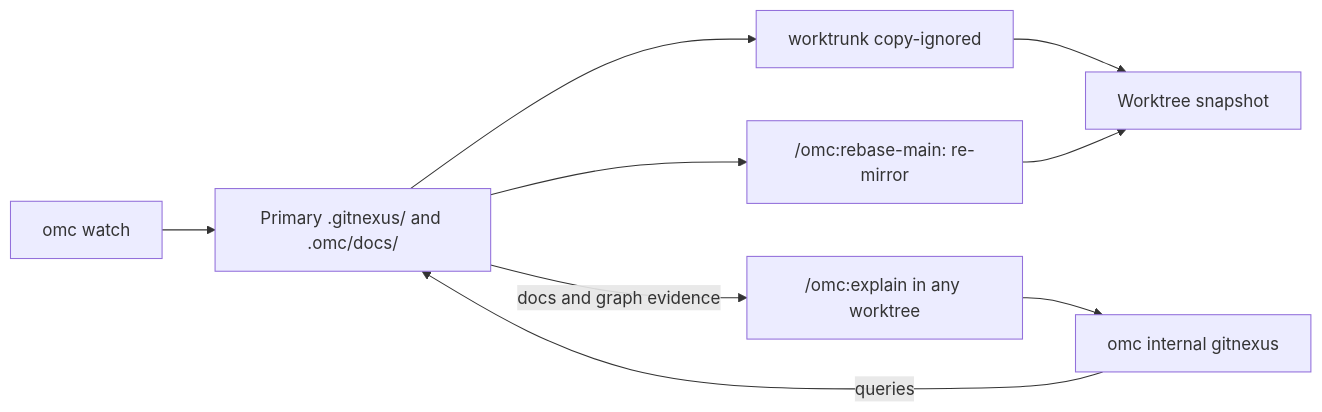
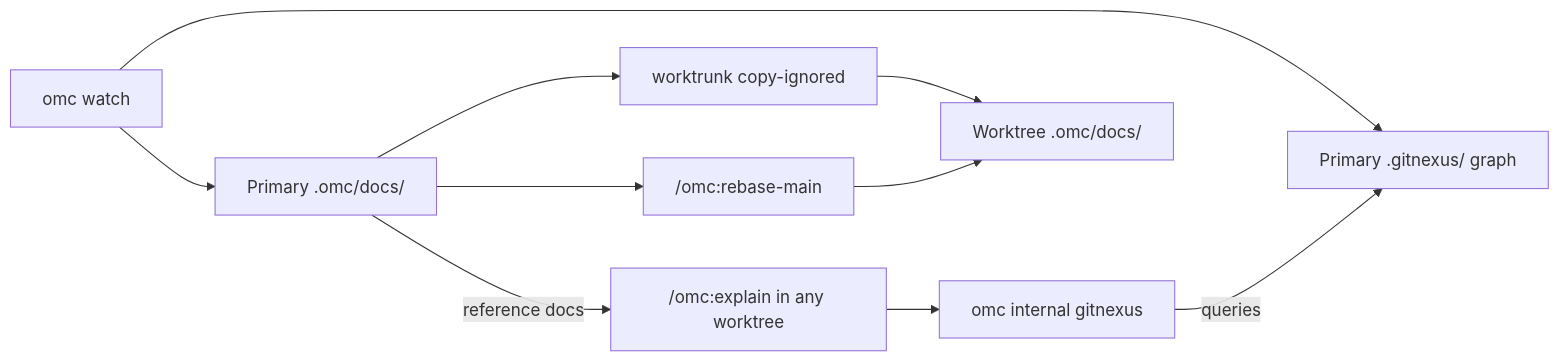
One commit to chris-husse/oh-my-clanker changed the third of 4 diagrams in README.md. Above: the diagram before and after it, drawn with Mermaid. The commit also changed other lines of this file and 32 other files, not shown here.

First line of the commit message:
Fail omc design on a failed worktree cut; run sessions under direnv

````diff
--- a/README.md
+++ b/README.md
@@ -243,11 +247,12 @@
 ```mermaid
 flowchart LR
-    Watch["omc watch"] --> Primary["Primary .gitnexus/ and .omc/docs/"]
-    Primary --> Copy["worktrunk copy-ignored"]
-    Copy --> Snapshot["Worktree snapshot"]
-    Primary --> Rebase["/omc:rebase-main: re-mirror"]
-    Rebase --> Snapshot
+    Watch["omc watch"] --> Graph["Primary .gitnexus/ graph"]
+    Watch --> Docs["Primary .omc/docs/"]
+    Docs --> Copy["worktrunk copy-ignored"]
+    Copy --> WorktreeDocs["Worktree .omc/docs/"]
+    Docs --> Rebase["/omc:rebase-main"]
+    Rebase --> WorktreeDocs
     Explain["/omc:explain in any worktree"] --> Proxy["omc internal gitnexus"]
-    Proxy -->|queries| Primary
-    Primary -->|docs and graph evidence| Explain
+    Proxy -->|queries| Graph
+    Docs -->|reference docs| Explain
 ```
````
